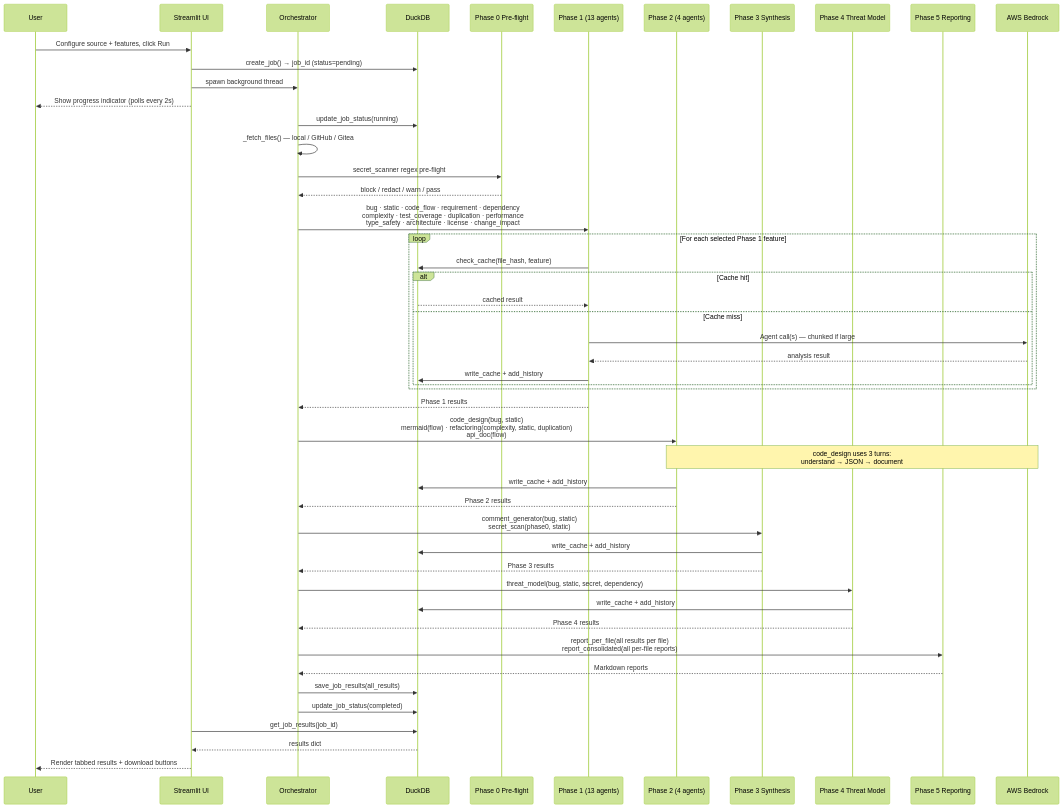
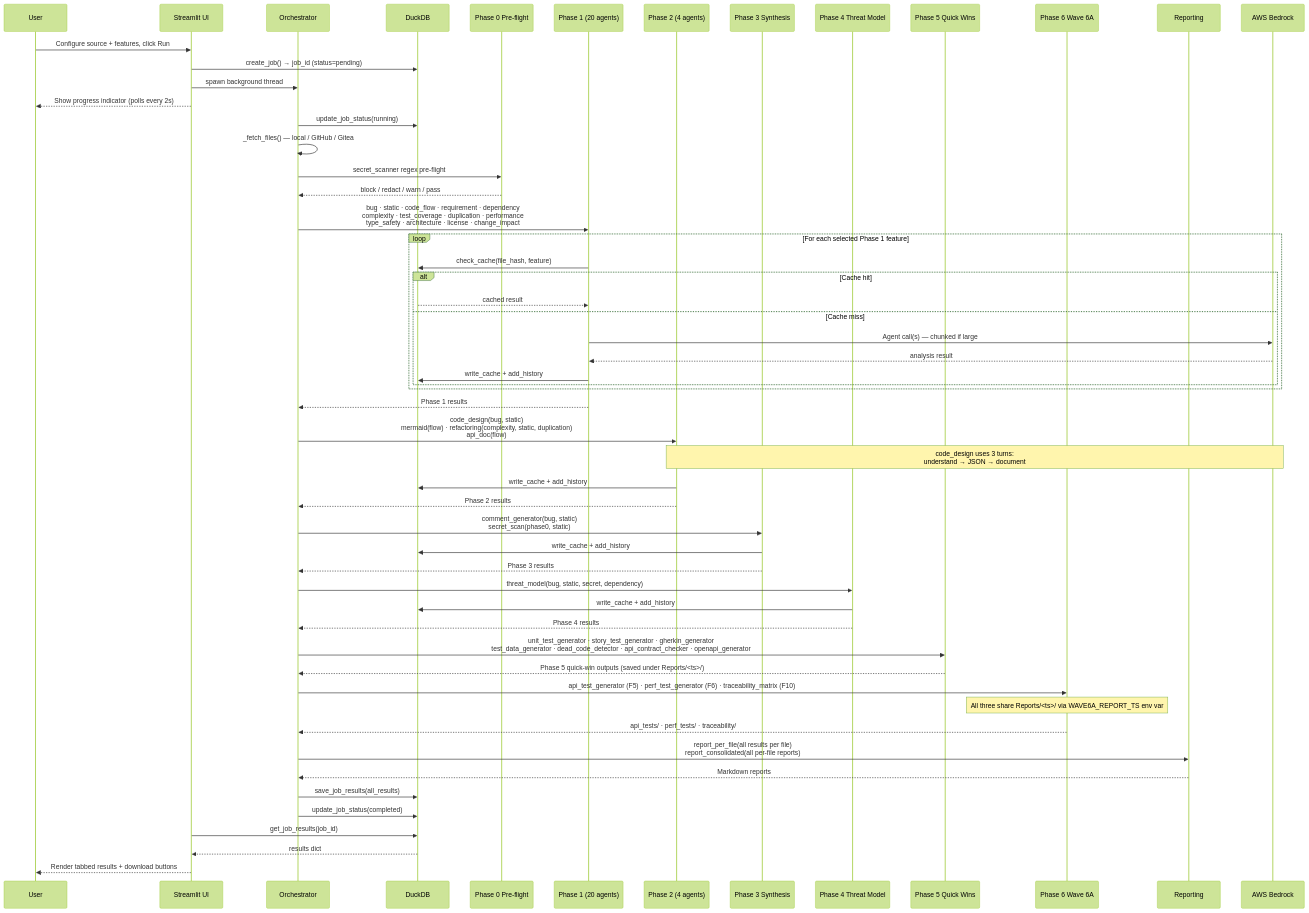
The second of 3 diagrams in README.md (bravetux/Code_AI_Maniac), drawn with Mermaid (forest theme) before and after one commit. The commit also changed other lines of this file and 2 other files, not shown here.

First line of the commit message:
docs: refresh root-level docs for Phase 5 + Wave 6A

````diff
--- a/README.md
+++ b/README.md
@@ -167,65 +200,74 @@
 ```mermaid
 sequenceDiagram
     participant User
     participant UI as Streamlit UI
     participant ORC as Orchestrator
     participant DB as DuckDB
     participant P0 as Phase 0 Pre-flight
-    participant P1 as Phase 1 (13 agents)
+    participant P1 as Phase 1 (20 agents)
     participant P2 as Phase 2 (4 agents)
     participant P3 as Phase 3 Synthesis
     participant P4 as Phase 4 Threat Model
-    participant P5 as Phase 5 Reporting
+    participant P5Q as Phase 5 Quick Wins
+    participant P6A as Phase 6 Wave 6A
+    participant P5R as Reporting
     participant LLM as AWS Bedrock
 
     User->>UI: Configure source + features, click Run
     UI->>DB: create_job() → job_id (status=pending)
     UI->>ORC: spawn background thread
     UI-->>User: Show progress indicator (polls every 2s)
 
     ORC->>DB: update_job_status(running)
     ORC->>ORC: _fetch_files() — local / GitHub / Gitea
 
     ORC->>P0: secret_scanner regex pre-flight
     P0-->>ORC: block / redact / warn / pass
 
     ORC->>P1: bug · static · code_flow · requirement · dependency<br/>complexity · test_coverage · duplication · performance<br/>type_safety · architecture · license · change_impact
 
     loop For each selected Phase 1 feature
         P1->>DB: check_cache(file_hash, feature)
         alt Cache hit
             DB-->>P1: cached result
         else Cache miss
             P1->>LLM: Agent call(s) — chunked if large
             LLM-->>P1: analysis result
             P1->>DB: write_cache + add_history
         end
     end
 
     P1-->>ORC: Phase 1 results
 
     ORC->>P2: code_design(bug, static)<br/>mermaid(flow) · refactoring(complexity, static, duplication)<br/>api_doc(flow)
 
     Note over P2,LLM: code_design uses 3 turns:<br/>understand → JSON → document
 
     P2->>DB: write_cache + add_history
     P2-->>ORC: Phase 2 results
 
     ORC->>P3: comment_generator(bug, static)<br/>secret_scan(phase0, static)
     P3->>DB: write_cache + add_history
     P3-->>ORC: Phase 3 results
 
     ORC->>P4: threat_model(bug, static, secret, dependency)
     P4->>DB: write_cache + add_history
     P4-->>ORC: Phase 4 results
 
-    ORC->>P5: report_per_file(all results per file)<br/>report_consolidated(all per-file reports)
-    P5-->>ORC: Markdown reports
+    ORC->>P5Q: unit_test_generator · story_test_generator · gherkin_generator<br/>test_data_generator · dead_code_detector · api_contract_checker · openapi_generator
+    P5Q-->>ORC: Phase 5 quick-win outputs (saved under Reports/<ts>/)
+
+    ORC->>P6A: api_test_generator (F5) · perf_test_generator (F6) · traceability_matrix (F10)
+    Note over P6A: All three share Reports/<ts>/ via WAVE6A_REPORT_TS env var
+    P6A-->>ORC: api_tests/ · perf_tests/ · traceability/
+
+    ORC->>P5R: report_per_file(all results per file)<br/>report_consolidated(all per-file reports)
+    P5R-->>ORC: Markdown reports
 
     ORC->>DB: save_job_results(all_results)
     ORC->>DB: update_job_status(completed)
 
     UI->>DB: get_job_results(job_id)
     DB-->>UI: results dict
     UI-->>User: Render tabbed results + download buttons
 ```
````
